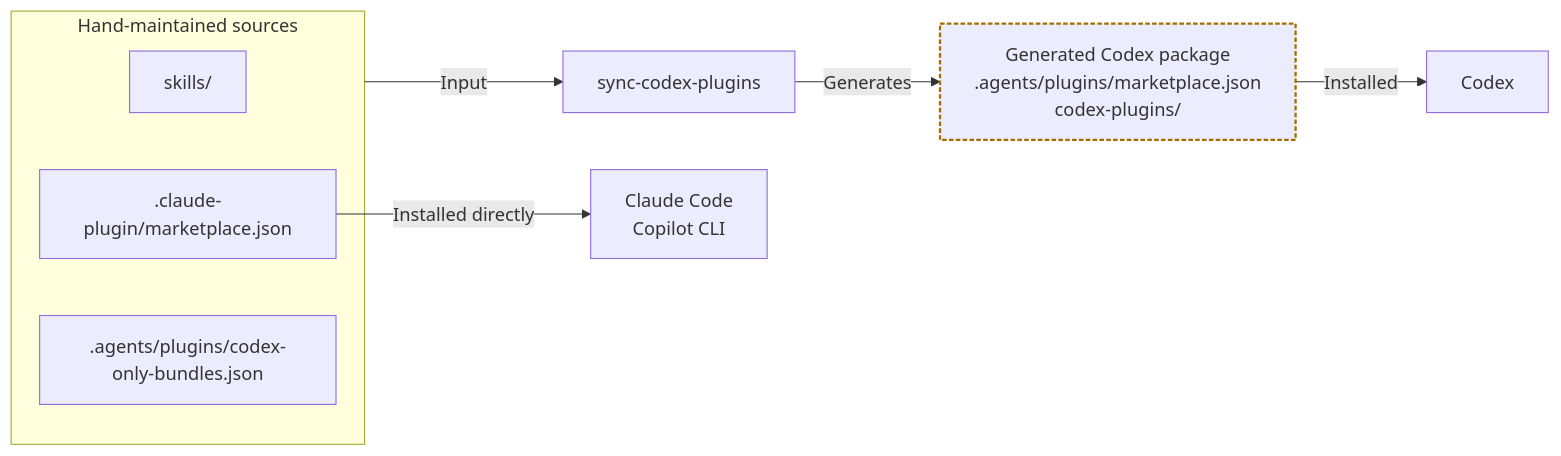
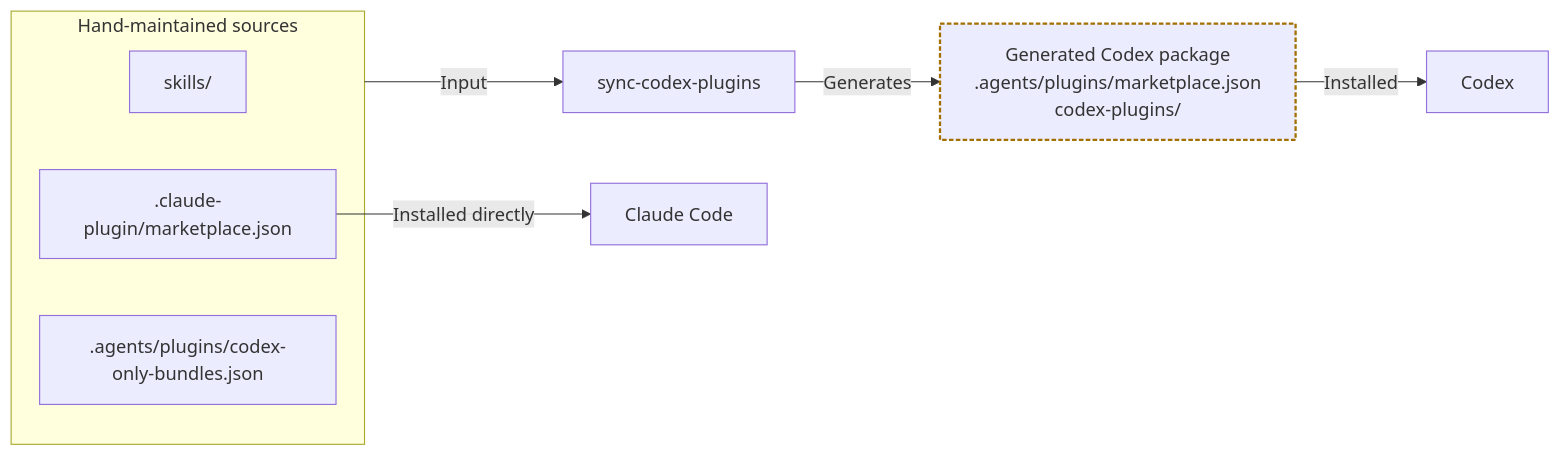
One commit to Aery9527/misty-marketplace changed the diagram in README.md. Above: the diagram before and after it, drawn with Mermaid. The commit also changed other lines of this file and 2 other files, not shown here.

Commit message:
docs: drop GitHub Copilot CLI from supported hosts

````diff
--- a/README.md
+++ b/README.md
@@ -34,20 +34,20 @@
 ```mermaid
 flowchart LR
     accTitle: Packaging flow
-    accDescr: Claude Code and Copilot CLI install from the shared catalog; Codex installs from a package generated out of all hand-maintained sources.
+    accDescr: Claude Code installs from the shared catalog; Codex installs from a package generated out of all hand-maintained sources.
     subgraph Sources["Hand-maintained sources"]
         Skills["skills/"]
         Shared[".claude-plugin/marketplace.json"]
         CodexOnly[".agents/plugins/codex-only-bundles.json"]
     end
     Sync["sync-codex-plugins"]
     CodexPkg["Generated Codex package<br/>.agents/plugins/marketplace.json<br/>codex-plugins/"]
-    Claude["Claude Code<br/>Copilot CLI"]
+    Claude["Claude Code"]
     Codex["Codex"]
     Shared -->|Installed directly| Claude
     Sources -->|Input| Sync
     Sync -->|Generates| CodexPkg
     CodexPkg -->|Installed| Codex
     classDef synced stroke:#a37000,stroke-width:2px,stroke-dasharray:4 2
     class CodexPkg synced
 ```
````
